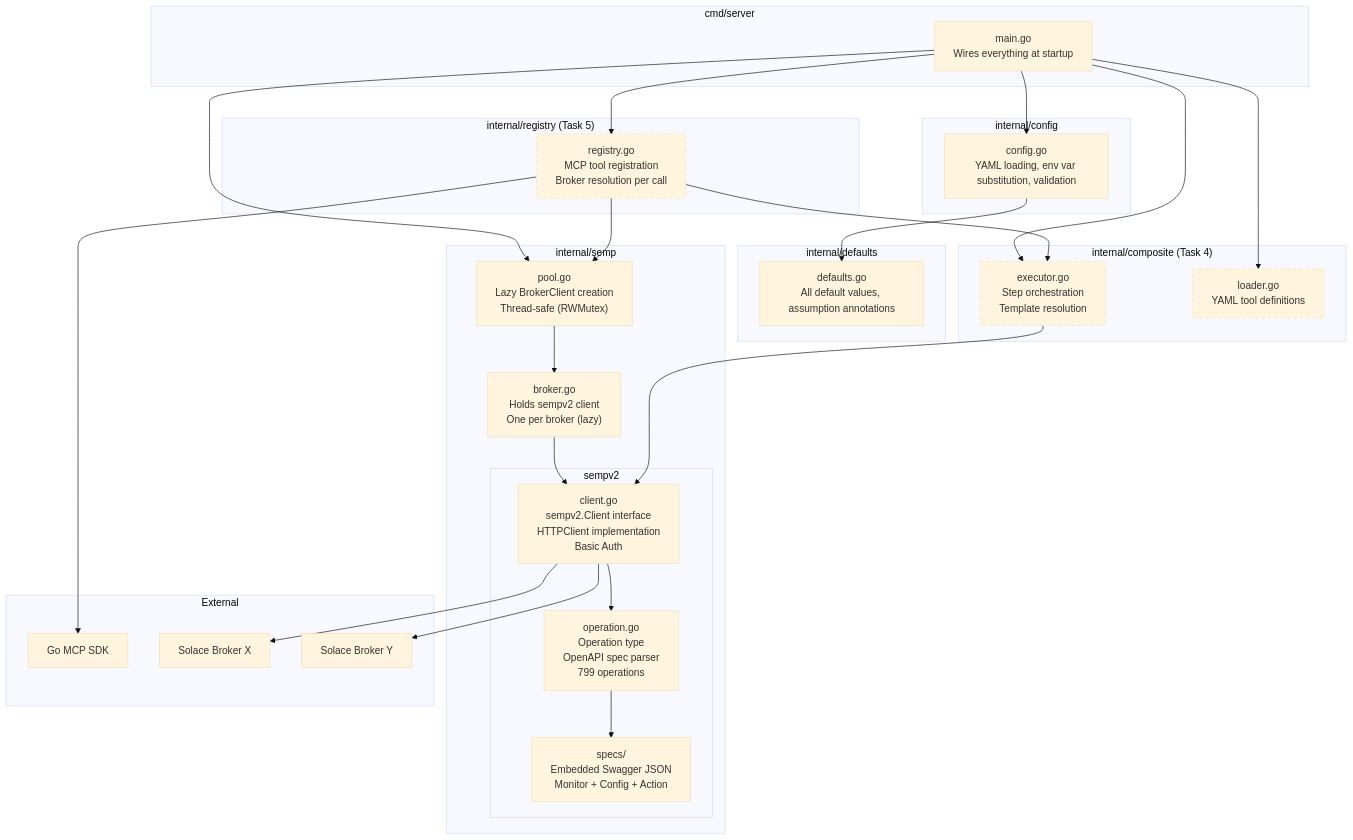
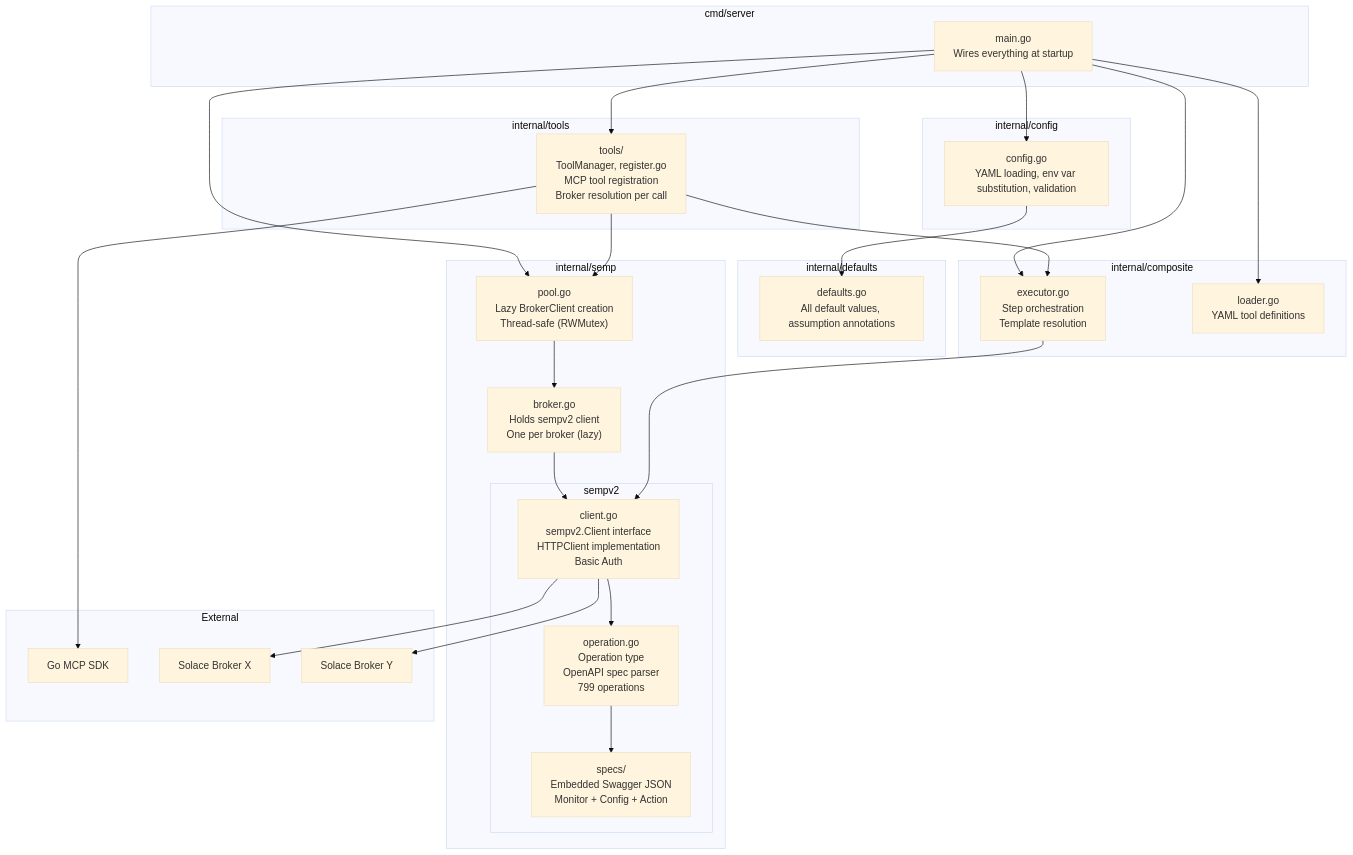
The first of 4 diagrams in docs/architecture.md (SolaceProducts/solace-broker-mcp), drawn with Mermaid (base theme) before and after one commit. The commit also changed other lines of this file and 3 other files, not shown here.

First line of the commit message:
SOL-149663: Fix stale documentation across architecture, release guide, contributing, and e2e testing

````diff
--- a/docs/architecture.md
+++ b/docs/architecture.md
@@ -49,61 +55,58 @@
 ```mermaid
 graph TB
     subgraph "cmd/server"
         MAIN["main.go<br/>Wires everything at startup"]
     end
 
     subgraph "internal/config"
         CONFIG["config.go<br/>YAML loading, env var substitution, validation"]
     end
 
     subgraph "internal/defaults"
         DEFAULTS["defaults.go<br/>All default values, assumption annotations"]
     end
 
     subgraph "internal/semp"
         POOL["pool.go<br/>Lazy BrokerClient creation<br/>Thread-safe (RWMutex)"]
         BROKER["broker.go<br/>Holds sempv2 client<br/>One per broker (lazy)"]
 
         subgraph "sempv2"
             CLIENT["client.go<br/>sempv2.Client interface<br/>HTTPClient implementation<br/>Basic Auth"]
             OPERATION["operation.go<br/>Operation type<br/>OpenAPI spec parser<br/>799 operations"]
             SPECS["specs/<br/>Embedded Swagger JSON<br/>Monitor + Config + Action"]
         end
     end
 
-    subgraph "internal/composite (Task 4)"
+    subgraph "internal/composite"
         EXECUTOR["executor.go<br/>Step orchestration<br/>Template resolution"]
         LOADER["loader.go<br/>YAML tool definitions"]
     end
 
-    subgraph "internal/registry (Task 5)"
-        REGISTRY["registry.go<br/>MCP tool registration<br/>Broker resolution per call"]
+    subgraph "internal/tools"
+        REGISTRY["tools/<br/>ToolManager, register.go<br/>MCP tool registration<br/>Broker resolution per call"]
     end
 
     subgraph "External"
         MCP_SDK["Go MCP SDK"]
         BROKER_X["Solace Broker X"]
         BROKER_Y["Solace Broker Y"]
     end
 
     MAIN --> CONFIG
     MAIN --> POOL
     MAIN --> LOADER
     MAIN --> EXECUTOR
     MAIN --> REGISTRY
     CONFIG --> DEFAULTS
     POOL --> BROKER
     BROKER --> CLIENT
     CLIENT --> OPERATION
     OPERATION --> SPECS
     REGISTRY --> MCP_SDK
     REGISTRY --> POOL
     REGISTRY --> EXECUTOR
     EXECUTOR --> CLIENT
     CLIENT --> BROKER_X
     CLIENT --> BROKER_Y
 
-    style EXECUTOR stroke-dasharray: 5 5
-    style LOADER stroke-dasharray: 5 5
-    style REGISTRY stroke-dasharray: 5 5
 ```
````
